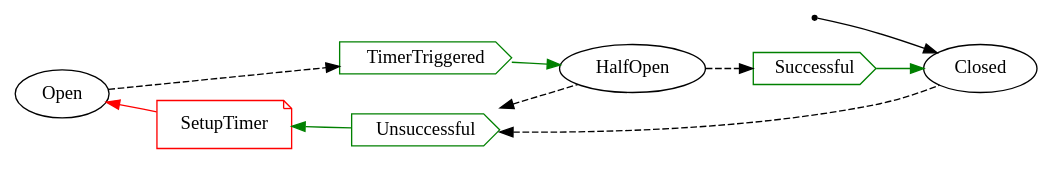
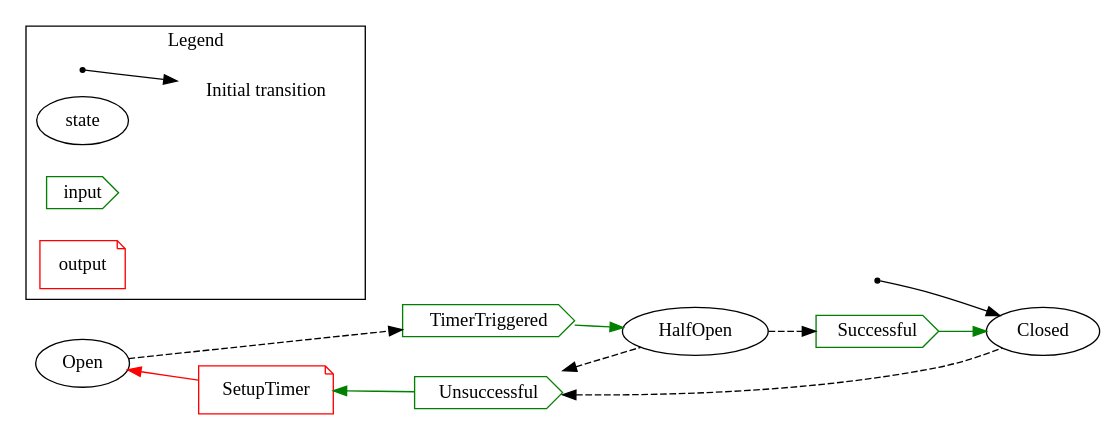
One commit to xkr47/rust-fsm-graph changed the diagram in CircuitBreaker.dot. Above: the diagram before and after it, drawn with Graphviz. The commit also changed 2 other files, not shown here.

Commit message:
Add legend

```diff
--- a/CircuitBreaker.dot
+++ b/CircuitBreaker.dot
@@ -1,18 +1,29 @@
 digraph "graph" {
   rankdir="LR";
   newrank=true;
   SM_init [label="", shape=point];
   SM_init -> "Closed";
+
+  subgraph "cluster_legend" {
+    label="Legend";
+    __init [ shape=point ];
+    __init -> __init2;
+    __init2 [ shape=none label="Initial transition" ];
+    __state [ label="state" ];
+    __input [ label="input" color="#008000" shape=cds ];
+    __output [ label="output" color=red shape=note ];
+  }
+
   "SetupTimer_Open_Unsuccessful_iv" -> "Closed" [ arrowhead=none arrowtail=normal style=dashed dir=both ];
   "Open" -> "Open_HalfOpen_iv" [ style=dashed rankdir=TB ];
   "Open_HalfOpen_iv" [label="TimerTriggered" color="#008000" shape=cds ];
   "Open_HalfOpen_iv" -> "HalfOpen" [ color="#008000" ];
   "SetupTimer_Open_Unsuccessful_iv" -> "HalfOpen" [ arrowhead=none arrowtail=normal style=dashed dir=both ];
   "SetupTimer_Open_Unsuccessful_iv" [label="Unsuccessful" color="#008000" shape=cds ];
   "SetupTimer_Open" -> "SetupTimer_Open_Unsuccessful_iv" [ color="#008000" arrowhead=none arrowtail=normal dir=both ];
   "SetupTimer_Open" [label="SetupTimer" color=red shape=note ];
   "Open" -> "SetupTimer_Open" [ color=red arrowhead=none arrowtail=normal dir=both ];
   "HalfOpen" -> "HalfOpen_Closed_iv" [ style=dashed rankdir=TB ];
   "HalfOpen_Closed_iv" [label="Successful" color="#008000" shape=cds ];
   "HalfOpen_Closed_iv" -> "Closed" [ color="#008000" ];
 }
```
